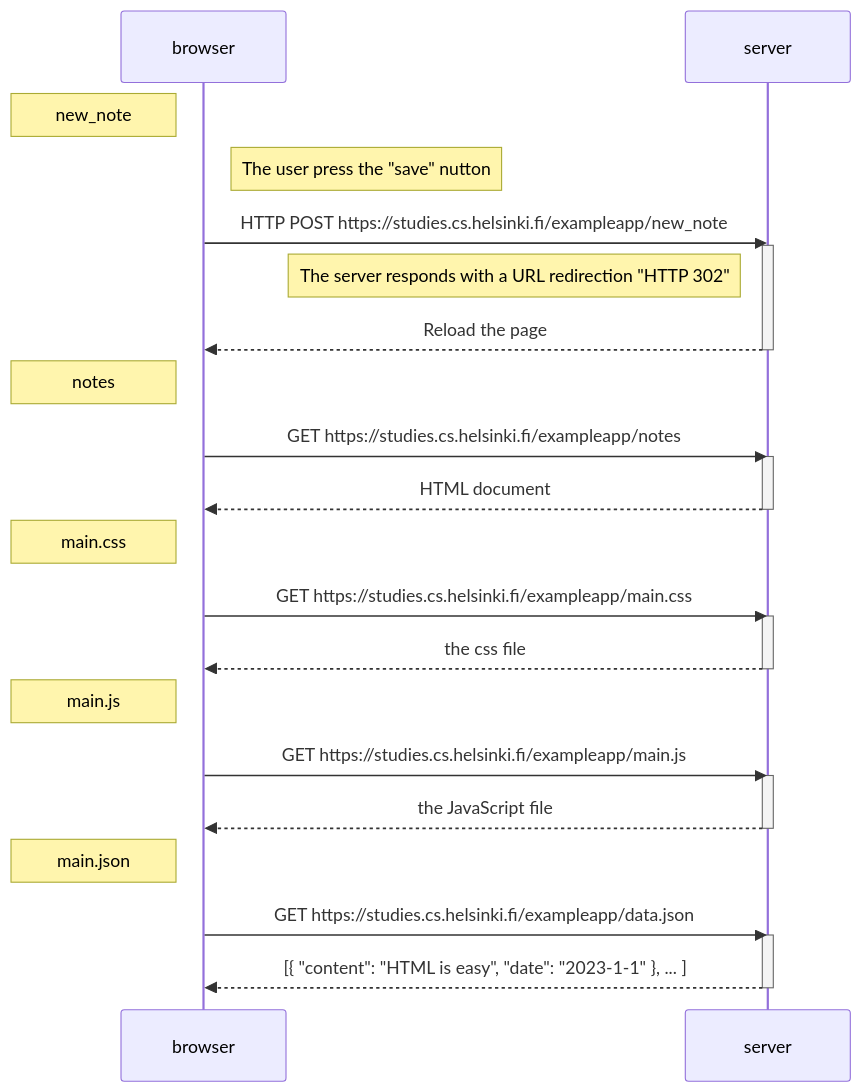
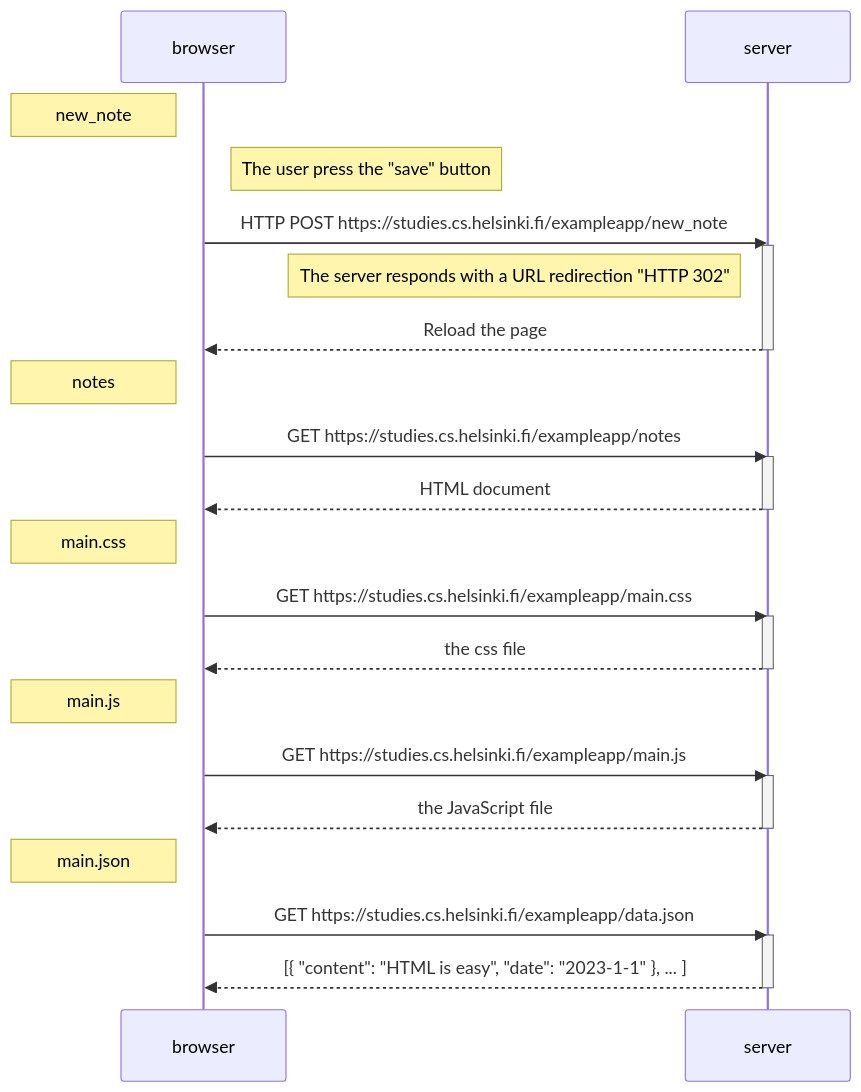
One commit to Tino2571/Tino-FullstackOpen-Course changed the diagram in Tino-FullstackOpen-Course/Part0/0.4.md. Above: the diagram before and after it, drawn with Mermaid. The commit also changed 1 other file, not shown here.

````diff
--- a/Tino-FullstackOpen-Course/Part0/0.4.md
+++ b/Tino-FullstackOpen-Course/Part0/0.4.md
@@ -1,38 +1,38 @@
 ```mermaid
 sequenceDiagram
     participant browser
     participant server
 
     Note left of browser: new_note
-    Note right of browser: The user press the "save" nutton
+    Note right of browser: The user press the "save" button
     browser->>server: HTTP POST https://studies.cs.helsinki.fi/exampleapp/new_note
     activate server
     Note left of server: The server responds with a URL redirection "HTTP 302"
     server-->>browser: Reload the page
     deactivate server
 
     Note left of browser: notes
     browser->>server: GET https://studies.cs.helsinki.fi/exampleapp/notes
     activate server    
     server-->>browser: HTML document
     deactivate server
 
     Note left of browser: main.css
     browser->>server: GET https://studies.cs.helsinki.fi/exampleapp/main.css
     activate server
     server-->>browser: the css file
     deactivate server
 
     Note left of browser: main.js
     browser->>server: GET https://studies.cs.helsinki.fi/exampleapp/main.js
     activate server
     server-->>browser: the JavaScript file
     deactivate server
 
     Note left of browser: main.json
     browser->>server: GET https://studies.cs.helsinki.fi/exampleapp/data.json
     activate server
     server-->>browser: [{ "content": "HTML is easy", "date": "2023-1-1" }, ... ]
     deactivate server
 
 ```
````
